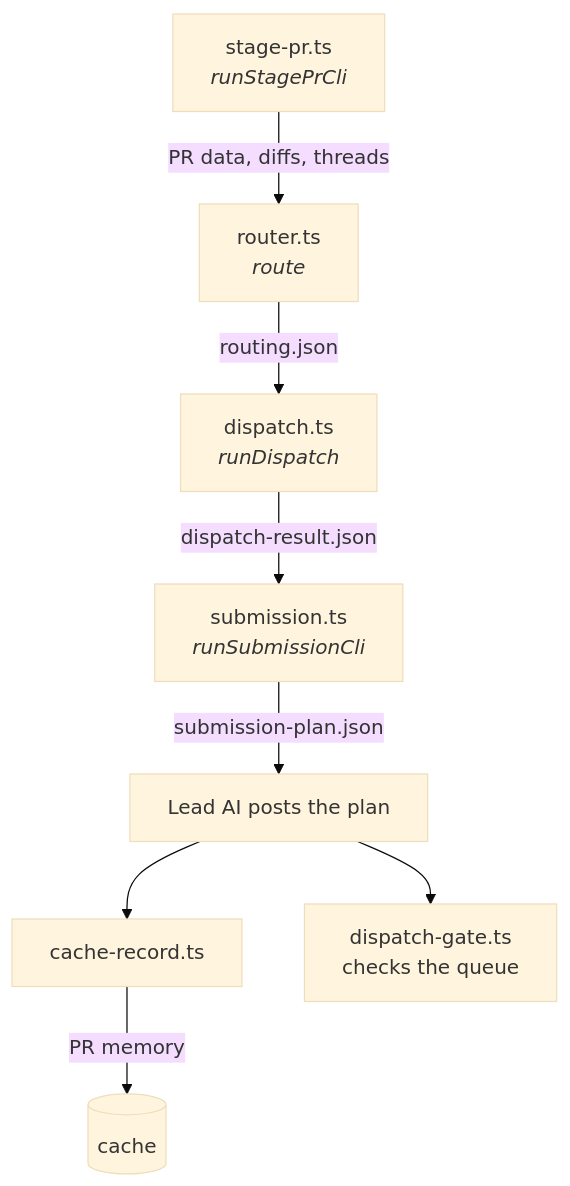
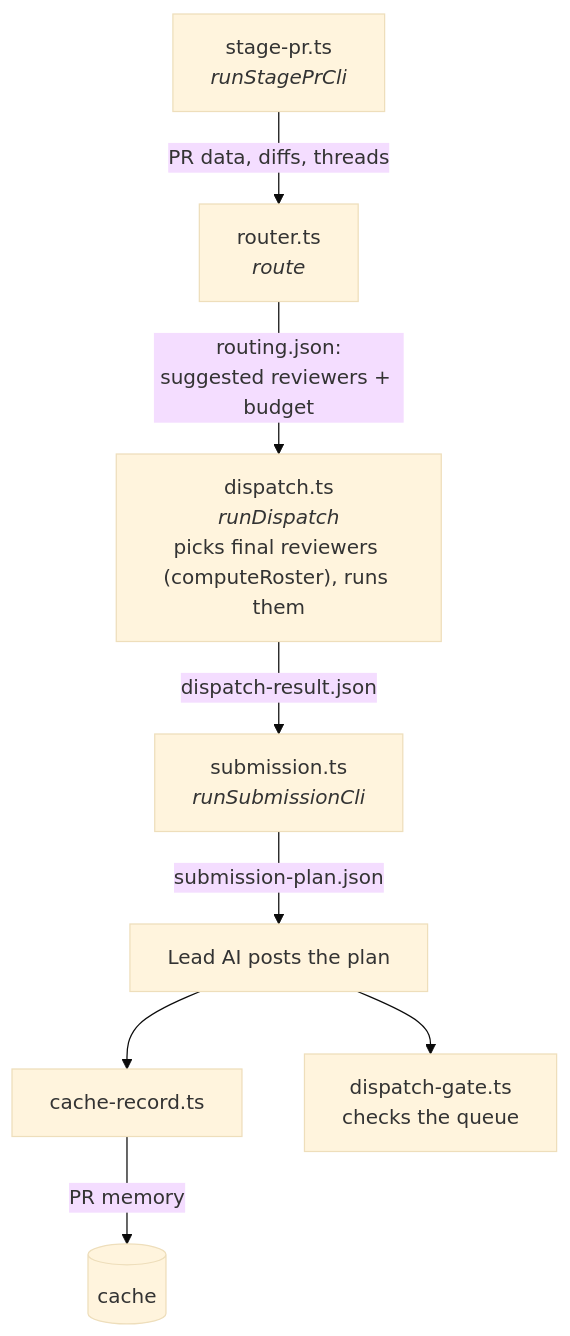
The seventh of 8 diagrams in workflows/review/ARCHITECTURE.md (Khan/actions), drawn with Mermaid (base theme) before and after one commit. The commit also changed other lines of this file, not shown here.

Commit message:
check in

````diff
--- a/workflows/review/ARCHITECTURE.md
+++ b/workflows/review/ARCHITECTURE.md
@@ -114,10 +114,10 @@
 ```mermaid
 flowchart TD
   A["stage-pr.ts<br/><i>runStagePrCli</i>"] -->|PR data, diffs, threads| B
-  B["router.ts<br/><i>route</i>"] -->|routing.json| C
-  C["dispatch.ts<br/><i>runDispatch</i>"] -->|dispatch-result.json| D
+  B["router.ts<br/><i>route</i>"] -->|routing.json:<br/>suggested reviewers + budget| C
+  C["dispatch.ts<br/><i>runDispatch</i><br/>picks final reviewers (computeRoster), runs them"] -->|dispatch-result.json| D
   D["submission.ts<br/><i>runSubmissionCli</i>"] -->|submission-plan.json| E
   E[Lead AI posts the plan] --> F
   F["cache-record.ts"] -->|PR memory| G[(cache)]
   E --> H["dispatch-gate.ts<br/>checks the queue"]
 ```
````
